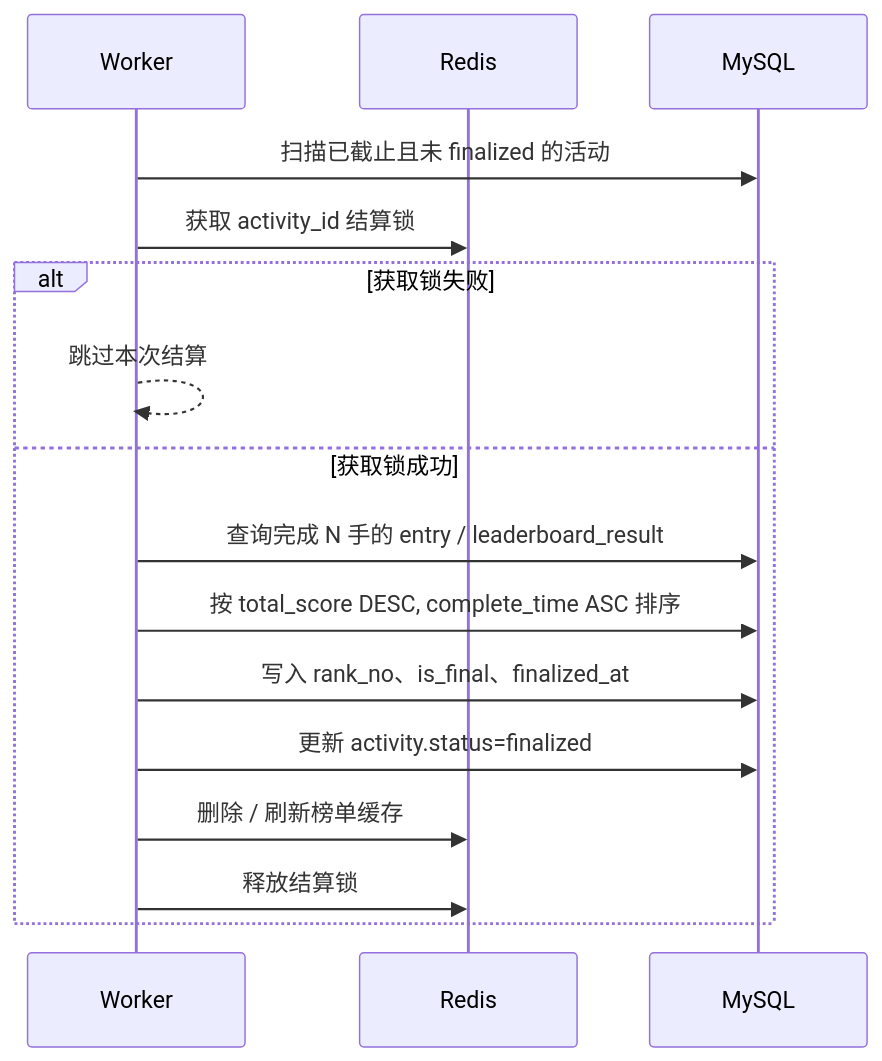
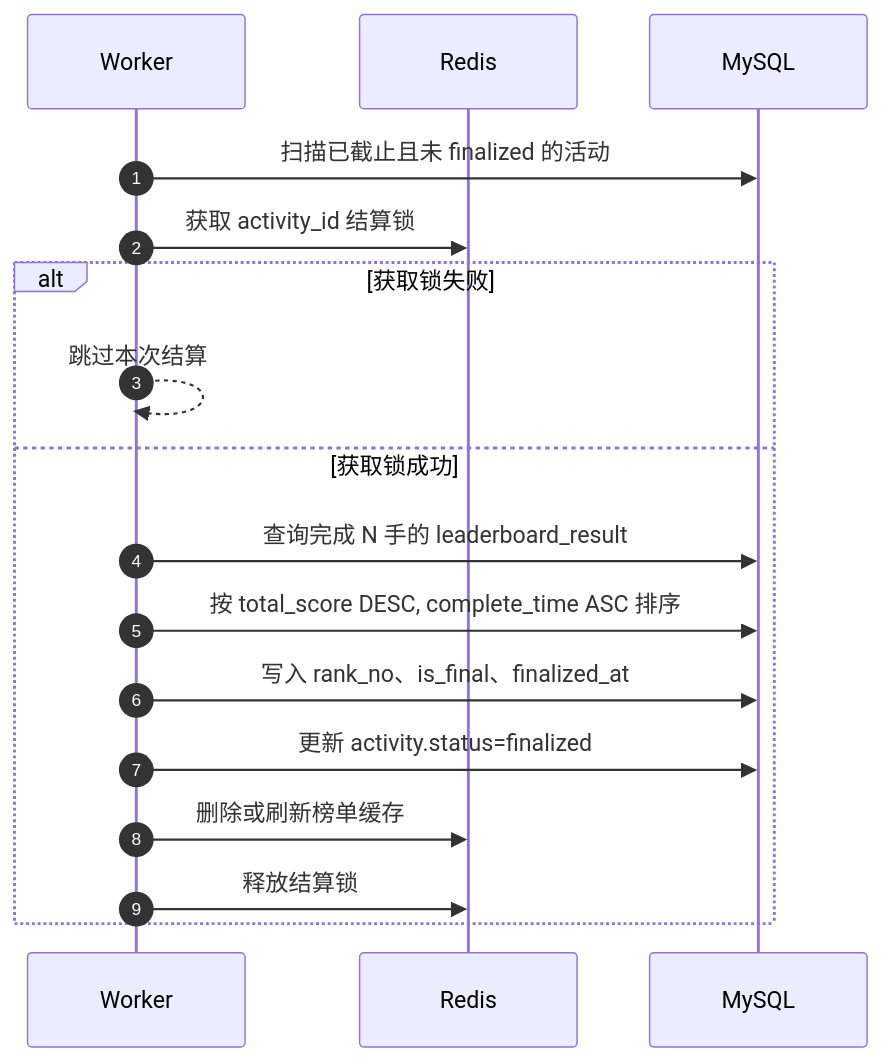
One commit to zdl20251023-pixel/agent-frame changed diagram 12 of 12 in docs/复述扑克/评审02/02-设计文档.md. Above: the diagram before and after it, drawn with Mermaid. The commit also changed other lines of this file and 1 other file, not shown here.

````diff
--- a/docs/复述扑克/评审02/02-设计文档.md
+++ b/docs/复述扑克/评审02/02-设计文档.md
@@ -457,20 +520,21 @@
 ```mermaid
 sequenceDiagram
+    autonumber
     participant Worker
     participant Redis
     participant MySQL
 
     Worker->>MySQL: 扫描已截止且未 finalized 的活动
     Worker->>Redis: 获取 activity_id 结算锁
 
     alt 获取锁失败
         Worker-->>Worker: 跳过本次结算
     else 获取锁成功
-        Worker->>MySQL: 查询完成 N 手的 entry / leaderboard_result
+        Worker->>MySQL: 查询完成 N 手的 leaderboard_result
         Worker->>MySQL: 按 total_score DESC, complete_time ASC 排序
         Worker->>MySQL: 写入 rank_no、is_final、finalized_at
         Worker->>MySQL: 更新 activity.status=finalized
-        Worker->>Redis: 删除 / 刷新榜单缓存
+        Worker->>Redis: 删除或刷新榜单缓存
         Worker->>Redis: 释放结算锁
     end
 ```
````
